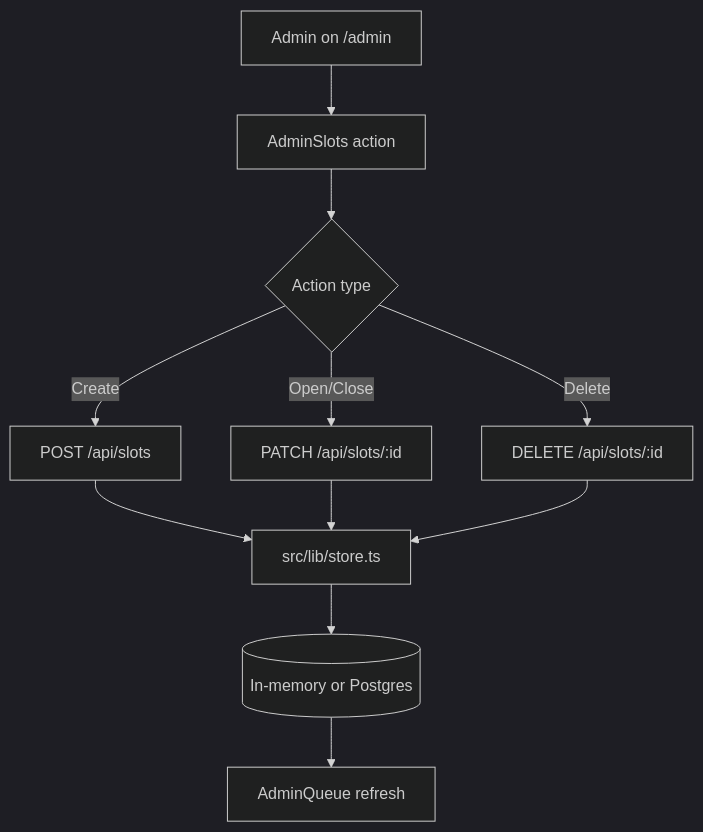
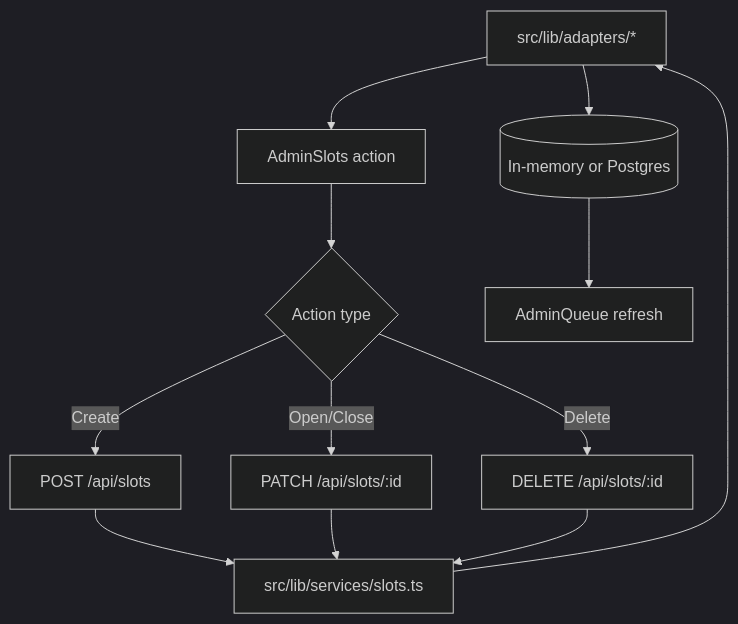
The second of 3 diagrams in docs/specs/TECHNICAL_DOC.md (Travis-Code/queueflow), drawn with Mermaid (dark theme) before and after one commit. The commit also changed other lines of this file and 10 other files, not shown here.

Commit message:
docs: remove Prisma wording and refresh architecture docs

````diff
--- a/docs/specs/TECHNICAL_DOC.md
+++ b/docs/specs/TECHNICAL_DOC.md
@@ -74,13 +74,14 @@
 ```mermaid
 flowchart TD
 	A[Admin on /admin] --> AS[AdminSlots action]
 	AS --> ACT{Action type}
 	ACT -->|Create| P1[POST /api/slots]
 	ACT -->|Open/Close| P2[PATCH /api/slots/:id]
 	ACT -->|Delete| P3[DELETE /api/slots/:id]
-	P1 --> S[src/lib/store.ts]
+	P1 --> S[src/lib/services/slots.ts]
 	P2 --> S
 	P3 --> S
-	S --> DB[(In-memory or Postgres)]
+	S --> A[src/lib/adapters/*]
+	A --> DB[(In-memory or Postgres)]
 	DB --> AQ[AdminQueue refresh]
 ```
````
